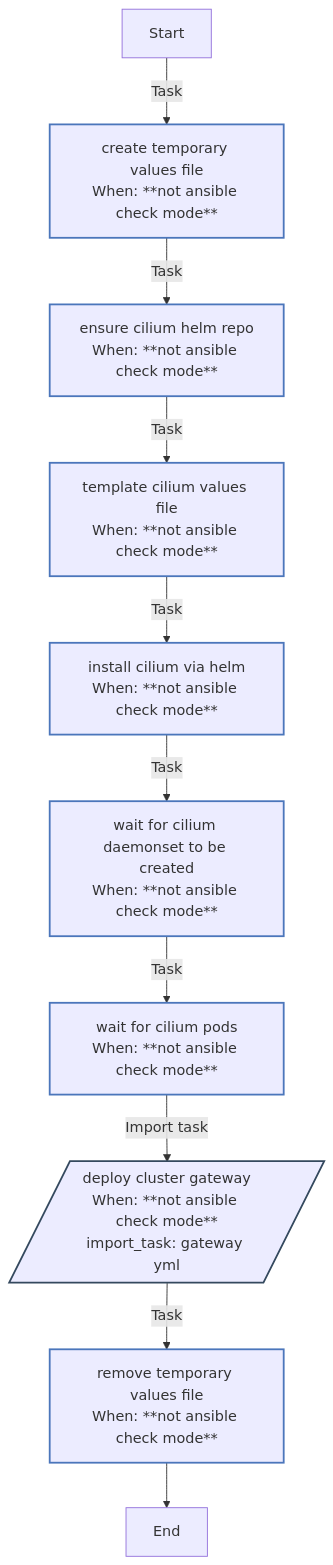
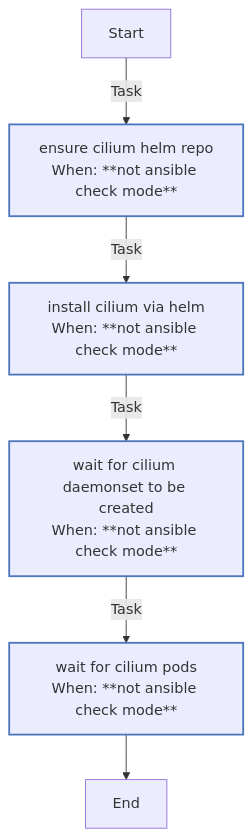
The diagram in roles/cilium/README.md (rou-cru/k3s-homelab), drawn with Mermaid before and after one commit. The commit also changed other lines of this file and 277 other files, not shown here.

````diff
--- a/roles/cilium/README.md
+++ b/roles/cilium/README.md
@@ -190,22 +117,18 @@
 ```mermaid
 flowchart TD
 Start
 classDef block stroke:#3498db,stroke-width:2px;
 classDef task stroke:#4b76bb,stroke-width:2px;
 classDef includeTasks stroke:#16a085,stroke-width:2px;
 classDef importTasks stroke:#34495e,stroke-width:2px;
 classDef includeRole stroke:#2980b9,stroke-width:2px;
 classDef importRole stroke:#699ba7,stroke-width:2px;
 classDef includeVars stroke:#8e44ad,stroke-width:2px;
 classDef rescue stroke:#665352,stroke-width:2px;
 
-  Start-->|Task| Create_temporary_values_file0[create temporary values file<br>When: **not ansible check mode**]:::task
-  Create_temporary_values_file0-->|Task| Ensure_Cilium_Helm_repo1[ensure cilium helm repo<br>When: **not ansible check mode**]:::task
-  Ensure_Cilium_Helm_repo1-->|Task| Template_Cilium_values_file2[template cilium values file<br>When: **not ansible check mode**]:::task
-  Template_Cilium_values_file2-->|Task| Install_Cilium_via_Helm3[install cilium via helm<br>When: **not ansible check mode**]:::task
-  Install_Cilium_via_Helm3-->|Task| Wait_for_Cilium_DaemonSet_to_be_created4[wait for cilium daemonset to be created<br>When: **not ansible check mode**]:::task
-  Wait_for_Cilium_DaemonSet_to_be_created4-->|Task| Wait_for_cilium_pods5[wait for cilium pods<br>When: **not ansible check mode**]:::task
-  Wait_for_cilium_pods5-->|Import task| Deploy_Cluster_Gateway_gateway_yml_6[/deploy cluster gateway<br>When: **not ansible check mode**<br>import_task: gateway yml/]:::importTasks
-  Deploy_Cluster_Gateway_gateway_yml_6-->|Task| Remove_temporary_values_file7[remove temporary values file<br>When: **not ansible check mode**]:::task
-  Remove_temporary_values_file7-->End
+  Start-->|Task| Ensure_Cilium_Helm_repo0[ensure cilium helm repo<br>When: **not ansible check mode**]:::task
+  Ensure_Cilium_Helm_repo0-->|Task| Install_Cilium_via_Helm1[install cilium via helm<br>When: **not ansible check mode**]:::task
+  Install_Cilium_via_Helm1-->|Task| Wait_for_Cilium_DaemonSet_to_be_created2[wait for cilium daemonset to be created<br>When: **not ansible check mode**]:::task
+  Wait_for_Cilium_DaemonSet_to_be_created2-->|Task| Wait_for_cilium_pods3[wait for cilium pods<br>When: **not ansible check mode**]:::task
+  Wait_for_cilium_pods3-->End
 ```
````
